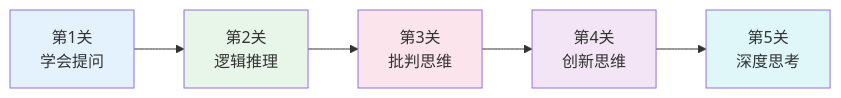
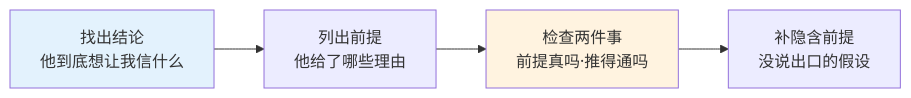
One commit to wxyClark/wxyClark.github.io changed the diagram in content/thinking/philosophy/index.md. Above: the diagram before and after it, drawn with Mermaid. The commit also changed other lines of this file and 392 other files, not shown here.

First line of the commit message:
feat(content): 按二八律扩充知识体系，修复 mermaid 渲染并接入语法校验

````diff
--- a/content/thinking/philosophy/index.md
+++ b/content/thinking/philosophy/index.md
@@ -59,13 +26,8 @@
 ```mermaid
 graph LR
-    A["第1关<br/>学会提问"] --> B["第2关<br/>逻辑推理"]
-    B --> C["第3关<br/>批判思维"]
-    C --> D["第4关<br/>创新思维"]
-    D --> E["第5关<br/>深度思考"]
-    
+    A["找出结论<br/>他到底想让我信什么"] --> B["列出前提<br/>他给了哪些理由"]
+    B --> C["检查两件事<br/>前提真吗·推得通吗"]
+    C --> D["补隐含前提<br/>没说出口的假设"]
     style A fill:#e3f2fd
-    style B fill:#e8f5e9
-    style C fill:#fce4ec
-    style D fill:#f3e5f5
-    style E fill:#e0f7fa
+    style C fill:#fff3e0
 ```
````
